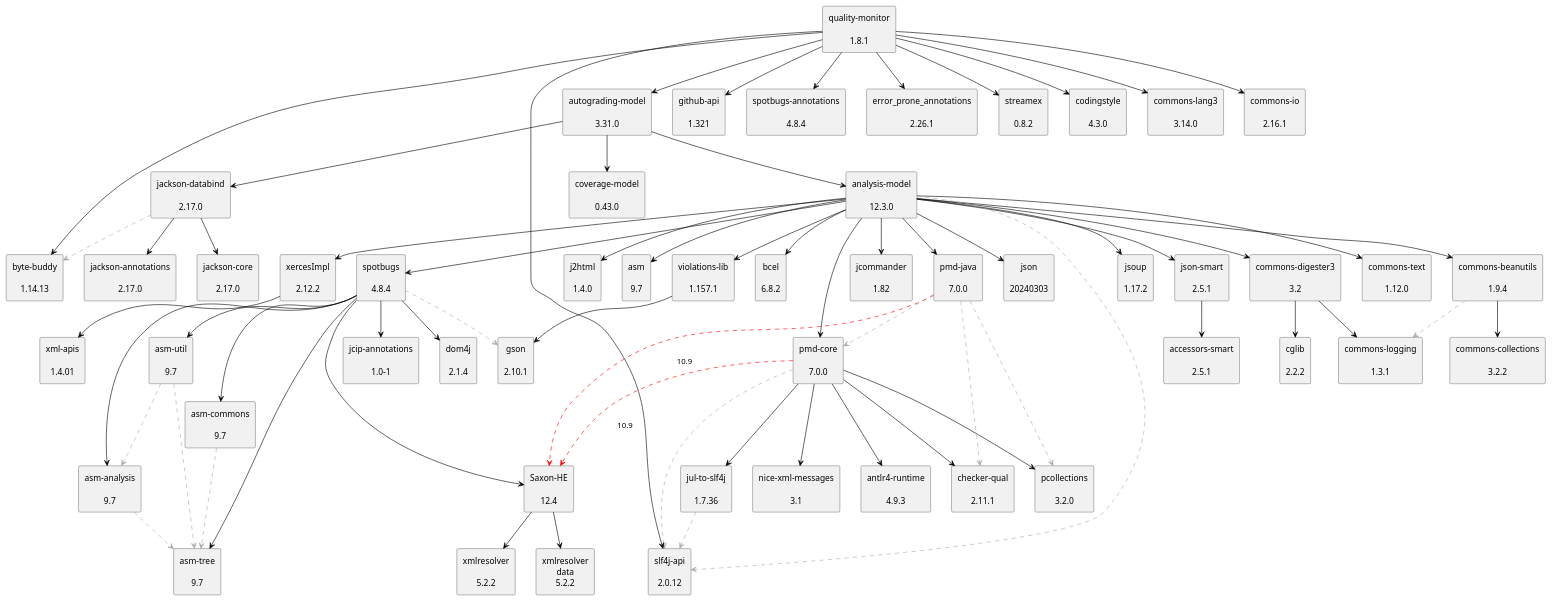
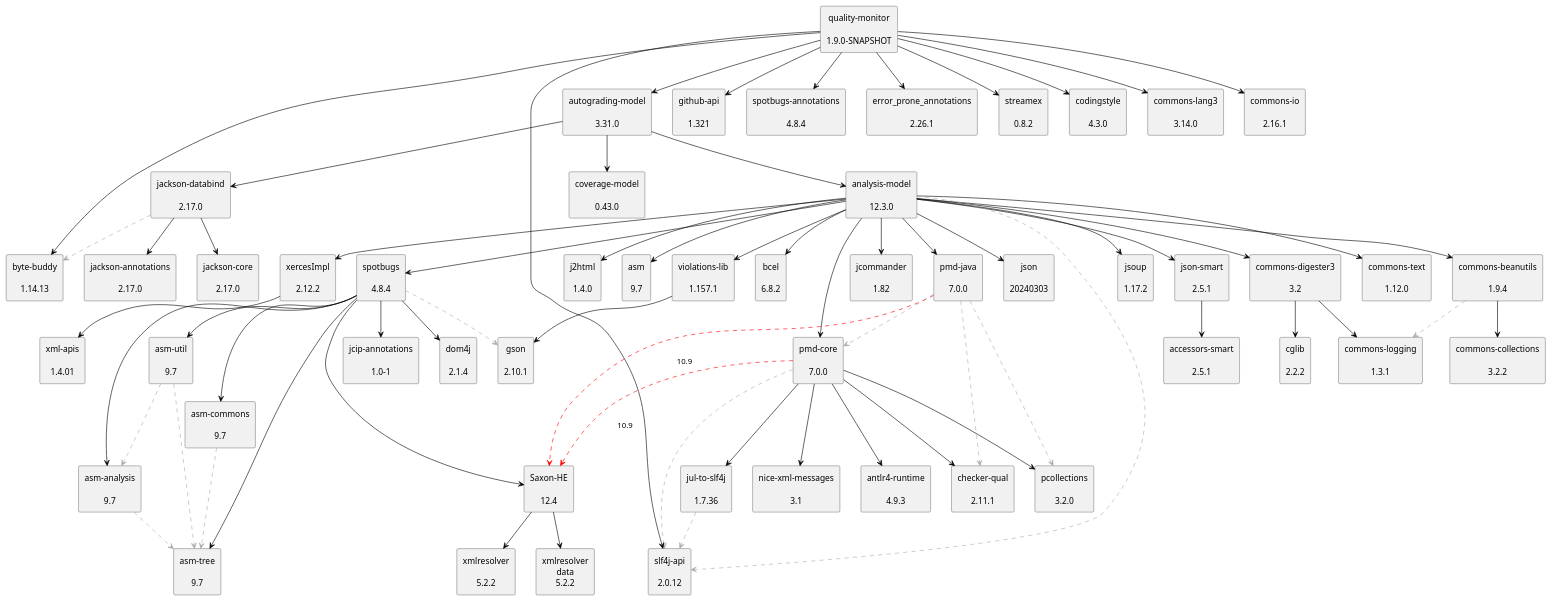
The diagram in doc/dependency-graph.puml (uhafner/quality-monitor), drawn with PlantUML before and after one commit. The commit also changed 3 other files, not shown here.

```diff
--- a/doc/dependency-graph.puml
+++ b/doc/dependency-graph.puml
@@ -1,125 +1,125 @@
 @startuml
 skinparam defaultTextAlignment center
 skinparam rectangle {
   BackgroundColor<<optional>> beige
   BackgroundColor<<test>> lightGreen
   BackgroundColor<<runtime>> lightBlue
   BackgroundColor<<provided>> lightGray
 }
 rectangle "analysis-model\n\n12.3.0" as edu_hm_hafner_analysis_model_jar
 rectangle "jsoup\n\n1.17.2" as org_jsoup_jsoup_jar
 rectangle "commons-digester3\n\n3.2" as org_apache_commons_commons_digester3_jar
 rectangle "cglib\n\n2.2.2" as cglib_cglib_jar
 rectangle "commons-logging\n\n1.3.1" as commons_logging_commons_logging_jar
 rectangle "commons-beanutils\n\n1.9.4" as commons_beanutils_commons_beanutils_jar
 rectangle "commons-collections\n\n3.2.2" as commons_collections_commons_collections_jar
 rectangle "commons-text\n\n1.12.0" as org_apache_commons_commons_text_jar
 rectangle "violations-lib\n\n1.157.1" as se_bjurr_violations_violations_lib_jar
 rectangle "gson\n\n2.10.1" as com_google_code_gson_gson_jar
 rectangle "j2html\n\n1.4.0" as com_j2html_j2html_jar
 rectangle "xercesImpl\n\n2.12.2" as xerces_xercesImpl_jar
 rectangle "xml-apis\n\n1.4.01" as xml_apis_xml_apis_jar
 rectangle "asm\n\n9.7" as org_ow2_asm_asm_jar
 rectangle "asm-analysis\n\n9.7" as org_ow2_asm_asm_analysis_jar
 rectangle "asm-tree\n\n9.7" as org_ow2_asm_asm_tree_jar
 rectangle "spotbugs\n\n4.8.4" as com_github_spotbugs_spotbugs_jar
 rectangle "asm-commons\n\n9.7" as org_ow2_asm_asm_commons_jar
 rectangle "asm-util\n\n9.7" as org_ow2_asm_asm_util_jar
 rectangle "jcip-annotations\n\n1.0-1" as com_github_stephenc_jcip_jcip_annotations_jar
 rectangle "dom4j\n\n2.1.4" as org_dom4j_dom4j_jar
 rectangle "Saxon-HE\n\n12.4" as net_sf_saxon_Saxon_HE_jar
 rectangle "xmlresolver\n\n5.2.2" as org_xmlresolver_xmlresolver_jar
 rectangle "xmlresolver\ndata\n5.2.2" as org_xmlresolver_xmlresolver_jar_data
 rectangle "bcel\n\n6.8.2" as org_apache_bcel_bcel_jar
 rectangle "pmd-core\n\n7.0.0" as net_sourceforge_pmd_pmd_core_jar
 rectangle "slf4j-api\n\n2.0.12" as org_slf4j_slf4j_api_jar
 rectangle "jul-to-slf4j\n\n1.7.36" as org_slf4j_jul_to_slf4j_jar
 rectangle "antlr4-runtime\n\n4.9.3" as org_antlr_antlr4_runtime_jar
 rectangle "checker-qual\n\n2.11.1" as org_checkerframework_checker_qual_jar
 rectangle "pcollections\n\n3.2.0" as org_pcollections_pcollections_jar
 rectangle "nice-xml-messages\n\n3.1" as com_github_oowekyala_ooxml_nice_xml_messages_jar
 rectangle "jcommander\n\n1.82" as com_beust_jcommander_jar
 rectangle "pmd-java\n\n7.0.0" as net_sourceforge_pmd_pmd_java_jar
 rectangle "json\n\n20240303" as org_json_json_jar
 rectangle "json-smart\n\n2.5.1" as net_minidev_json_smart_jar
 rectangle "accessors-smart\n\n2.5.1" as net_minidev_accessors_smart_jar
 rectangle "autograding-model\n\n3.31.0" as edu_hm_hafner_autograding_model_jar
 rectangle "coverage-model\n\n0.43.0" as edu_hm_hafner_coverage_model_jar
 rectangle "jackson-databind\n\n2.17.0" as com_fasterxml_jackson_core_jackson_databind_jar
 rectangle "jackson-annotations\n\n2.17.0" as com_fasterxml_jackson_core_jackson_annotations_jar
 rectangle "jackson-core\n\n2.17.0" as com_fasterxml_jackson_core_jackson_core_jar
 rectangle "byte-buddy\n\n1.14.13" as net_bytebuddy_byte_buddy_jar
-rectangle "quality-monitor\n\n1.8.1" as edu_hm_hafner_quality_monitor_jar
+rectangle "quality-monitor\n\n1.9.0-SNAPSHOT" as edu_hm_hafner_quality_monitor_jar
 rectangle "github-api\n\n1.321" as org_kohsuke_github_api_jar
 rectangle "spotbugs-annotations\n\n4.8.4" as com_github_spotbugs_spotbugs_annotations_jar
 rectangle "error_prone_annotations\n\n2.26.1" as com_google_errorprone_error_prone_annotations_jar
 rectangle "streamex\n\n0.8.2" as one_util_streamex_jar
 rectangle "codingstyle\n\n4.3.0" as edu_hm_hafner_codingstyle_jar
 rectangle "commons-lang3\n\n3.14.0" as org_apache_commons_commons_lang3_jar
 rectangle "commons-io\n\n2.16.1" as commons_io_commons_io_jar
 edu_hm_hafner_analysis_model_jar -[#000000]-> org_jsoup_jsoup_jar
 org_apache_commons_commons_digester3_jar -[#000000]-> cglib_cglib_jar
 org_apache_commons_commons_digester3_jar -[#000000]-> commons_logging_commons_logging_jar
 edu_hm_hafner_analysis_model_jar -[#000000]-> org_apache_commons_commons_digester3_jar
 commons_beanutils_commons_beanutils_jar .[#ABABAB].> commons_logging_commons_logging_jar
 commons_beanutils_commons_beanutils_jar -[#000000]-> commons_collections_commons_collections_jar
 edu_hm_hafner_analysis_model_jar -[#000000]-> commons_beanutils_commons_beanutils_jar
 edu_hm_hafner_analysis_model_jar -[#000000]-> org_apache_commons_commons_text_jar
 se_bjurr_violations_violations_lib_jar -[#000000]-> com_google_code_gson_gson_jar
 edu_hm_hafner_analysis_model_jar -[#000000]-> se_bjurr_violations_violations_lib_jar
 edu_hm_hafner_analysis_model_jar -[#000000]-> com_j2html_j2html_jar
 xerces_xercesImpl_jar -[#000000]-> xml_apis_xml_apis_jar
 edu_hm_hafner_analysis_model_jar -[#000000]-> xerces_xercesImpl_jar
 edu_hm_hafner_analysis_model_jar -[#000000]-> org_ow2_asm_asm_jar
 org_ow2_asm_asm_analysis_jar .[#ABABAB].> org_ow2_asm_asm_tree_jar
 com_github_spotbugs_spotbugs_jar -[#000000]-> org_ow2_asm_asm_analysis_jar
 org_ow2_asm_asm_commons_jar .[#ABABAB].> org_ow2_asm_asm_tree_jar
 com_github_spotbugs_spotbugs_jar -[#000000]-> org_ow2_asm_asm_commons_jar
 com_github_spotbugs_spotbugs_jar -[#000000]-> org_ow2_asm_asm_tree_jar
 org_ow2_asm_asm_util_jar .[#ABABAB].> org_ow2_asm_asm_tree_jar
 org_ow2_asm_asm_util_jar .[#ABABAB].> org_ow2_asm_asm_analysis_jar
 com_github_spotbugs_spotbugs_jar -[#000000]-> org_ow2_asm_asm_util_jar
 com_github_spotbugs_spotbugs_jar -[#000000]-> com_github_stephenc_jcip_jcip_annotations_jar
 com_github_spotbugs_spotbugs_jar -[#000000]-> org_dom4j_dom4j_jar
 com_github_spotbugs_spotbugs_jar .[#ABABAB].> com_google_code_gson_gson_jar
 net_sf_saxon_Saxon_HE_jar -[#000000]-> org_xmlresolver_xmlresolver_jar
 net_sf_saxon_Saxon_HE_jar -[#000000]-> org_xmlresolver_xmlresolver_jar_data
 com_github_spotbugs_spotbugs_jar -[#000000]-> net_sf_saxon_Saxon_HE_jar
 edu_hm_hafner_analysis_model_jar -[#000000]-> com_github_spotbugs_spotbugs_jar
 edu_hm_hafner_analysis_model_jar -[#000000]-> org_apache_bcel_bcel_jar
 net_sourceforge_pmd_pmd_core_jar .[#ABABAB].> org_slf4j_slf4j_api_jar
 org_slf4j_jul_to_slf4j_jar .[#ABABAB].> org_slf4j_slf4j_api_jar
 net_sourceforge_pmd_pmd_core_jar -[#000000]-> org_slf4j_jul_to_slf4j_jar
 net_sourceforge_pmd_pmd_core_jar -[#000000]-> org_antlr_antlr4_runtime_jar
 net_sourceforge_pmd_pmd_core_jar .[#FF0000].> net_sf_saxon_Saxon_HE_jar: 10.9
 net_sourceforge_pmd_pmd_core_jar -[#000000]-> org_checkerframework_checker_qual_jar
 net_sourceforge_pmd_pmd_core_jar -[#000000]-> org_pcollections_pcollections_jar
 net_sourceforge_pmd_pmd_core_jar -[#000000]-> com_github_oowekyala_ooxml_nice_xml_messages_jar
 edu_hm_hafner_analysis_model_jar -[#000000]-> net_sourceforge_pmd_pmd_core_jar
 edu_hm_hafner_analysis_model_jar -[#000000]-> com_beust_jcommander_jar
 net_sourceforge_pmd_pmd_java_jar .[#ABABAB].> net_sourceforge_pmd_pmd_core_jar
 net_sourceforge_pmd_pmd_java_jar .[#ABABAB].> org_checkerframework_checker_qual_jar
 net_sourceforge_pmd_pmd_java_jar .[#FF0000].> net_sf_saxon_Saxon_HE_jar: 10.9
 net_sourceforge_pmd_pmd_java_jar .[#ABABAB].> org_pcollections_pcollections_jar
 edu_hm_hafner_analysis_model_jar -[#000000]-> net_sourceforge_pmd_pmd_java_jar
 edu_hm_hafner_analysis_model_jar -[#000000]-> org_json_json_jar
 net_minidev_json_smart_jar -[#000000]-> net_minidev_accessors_smart_jar
 edu_hm_hafner_analysis_model_jar -[#000000]-> net_minidev_json_smart_jar
 edu_hm_hafner_analysis_model_jar .[#ABABAB].> org_slf4j_slf4j_api_jar
 edu_hm_hafner_autograding_model_jar -[#000000]-> edu_hm_hafner_analysis_model_jar
 edu_hm_hafner_autograding_model_jar -[#000000]-> edu_hm_hafner_coverage_model_jar
 com_fasterxml_jackson_core_jackson_databind_jar -[#000000]-> com_fasterxml_jackson_core_jackson_annotations_jar
 com_fasterxml_jackson_core_jackson_databind_jar -[#000000]-> com_fasterxml_jackson_core_jackson_core_jar
 com_fasterxml_jackson_core_jackson_databind_jar .[#ABABAB].> net_bytebuddy_byte_buddy_jar
 edu_hm_hafner_autograding_model_jar -[#000000]-> com_fasterxml_jackson_core_jackson_databind_jar
 edu_hm_hafner_quality_monitor_jar -[#000000]-> edu_hm_hafner_autograding_model_jar
 edu_hm_hafner_quality_monitor_jar -[#000000]-> org_kohsuke_github_api_jar
 edu_hm_hafner_quality_monitor_jar -[#000000]-> org_slf4j_slf4j_api_jar
 edu_hm_hafner_quality_monitor_jar -[#000000]-> com_github_spotbugs_spotbugs_annotations_jar
 edu_hm_hafner_quality_monitor_jar -[#000000]-> com_google_errorprone_error_prone_annotations_jar
 edu_hm_hafner_quality_monitor_jar -[#000000]-> one_util_streamex_jar
 edu_hm_hafner_quality_monitor_jar -[#000000]-> edu_hm_hafner_codingstyle_jar
 edu_hm_hafner_quality_monitor_jar -[#000000]-> org_apache_commons_commons_lang3_jar
 edu_hm_hafner_quality_monitor_jar -[#000000]-> commons_io_commons_io_jar
 edu_hm_hafner_quality_monitor_jar -[#000000]-> net_bytebuddy_byte_buddy_jar
 @enduml
```
